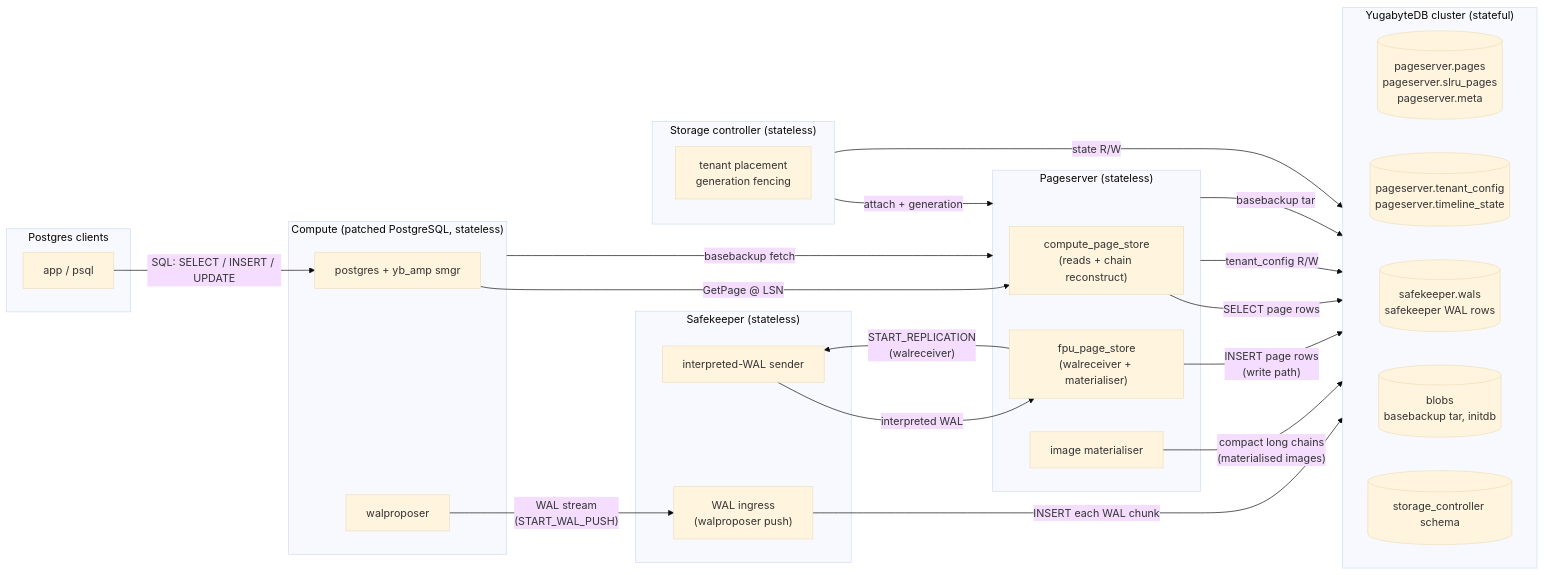
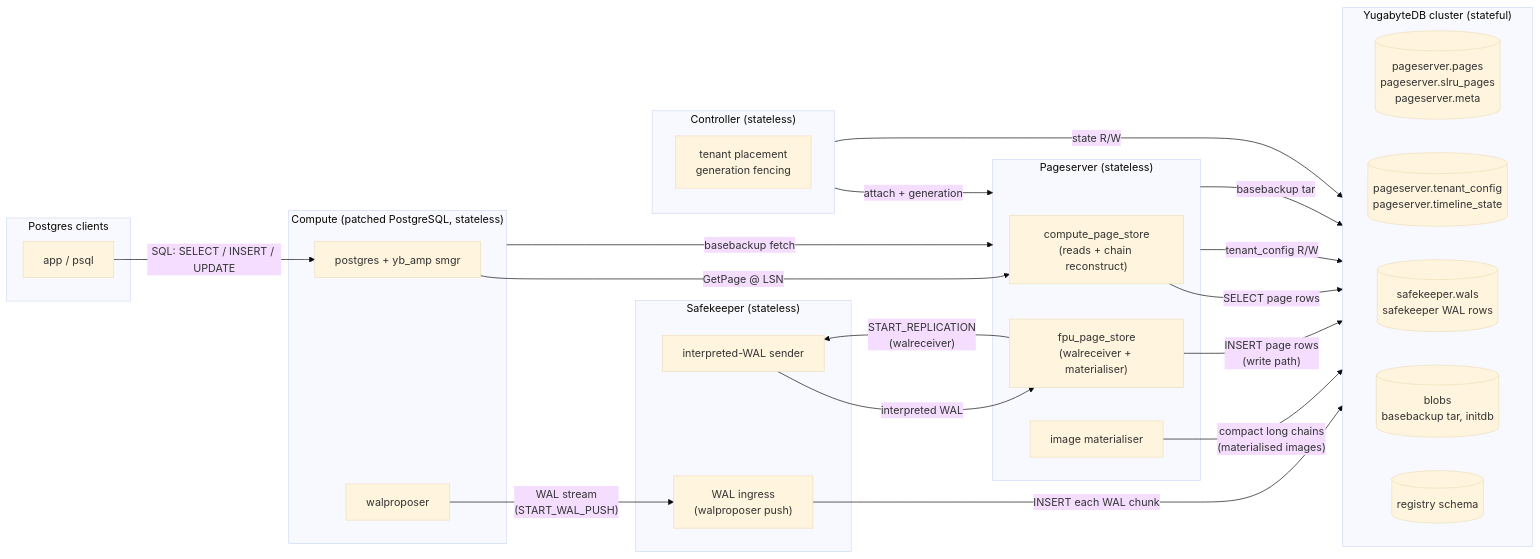
Before and after one commit to yugabyte/meko: the first of 3 diagrams in README.md, drawn with Mermaid (base theme). The commit also changed other lines of this file and 181 other files, not shown here.

First line of the commit message:
Fold the storage_controller into the Go controller; launch it from yb_light_local (#280)

````diff
--- a/README.md
+++ b/README.md
@@ -30,50 +30,50 @@
 ```mermaid
 flowchart LR
     subgraph clients["Postgres clients"]
         app["app / psql"]
     end
 
     subgraph compute["Compute (patched PostgreSQL, stateless)"]
         pg["postgres + yb_amp smgr"]
         wp["walproposer"]
     end
 
     subgraph sk["Safekeeper (stateless)"]
         sks["interpreted-WAL sender"]
         skp["WAL ingress<br/>(walproposer push)"]
     end
 
     subgraph ps["Pageserver (stateless)"]
         cps["compute_page_store<br/>(reads + chain reconstruct)"]
         fps["fpu_page_store<br/>(walreceiver + materialiser)"]
         mat["image materialiser"]
     end
 
-    subgraph sc["Storage controller (stateless)"]
+    subgraph sc["Controller (stateless)"]
         sct["tenant placement<br/>generation fencing"]
     end
 
     subgraph yb["YugabyteDB cluster (stateful)"]
         direction LR
         tblPages[("pageserver.pages<br/>pageserver.slru_pages<br/>pageserver.meta")]
         tblConf[("pageserver.tenant_config<br/>pageserver.timeline_state")]
         tblWal[("safekeeper.wals<br/>safekeeper WAL rows")]
         tblBlob[("blobs<br/>basebackup tar, initdb")]
-        tblSc[("storage_controller schema")]
+        tblSc[("registry schema")]
     end
 
     app -- "SQL: SELECT / INSERT / UPDATE" --> pg
     pg -- "GetPage @ LSN" --> cps
     wp -- "WAL stream<br/>(START_WAL_PUSH)" --> skp
     skp -- "INSERT each WAL chunk" --> tblWal
     fps -- "START_REPLICATION<br/>(walreceiver)" --> sks
     sks -- "interpreted WAL" --> fps
     cps -- "SELECT page rows" --> tblPages
     fps -- "INSERT page rows<br/>(write path)" --> tblPages
     mat -- "compact long chains<br/>(materialised images)" --> tblPages
     ps -- "tenant_config R/W" --> tblConf
     sc -- "attach + generation" --> ps
     sc -- "state R/W" --> tblSc
     ps -- "basebackup tar" --> tblBlob
     compute -- "basebackup fetch" --> ps
 ```
````
